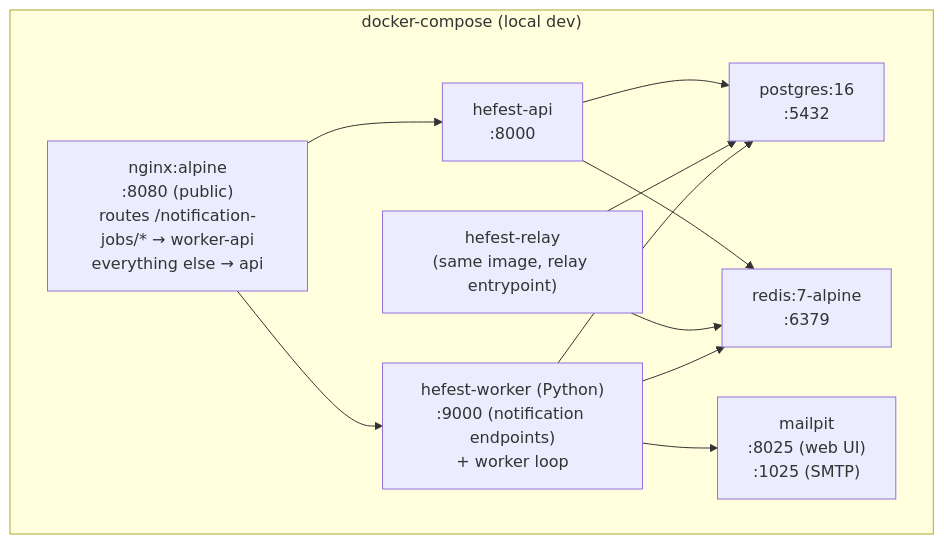
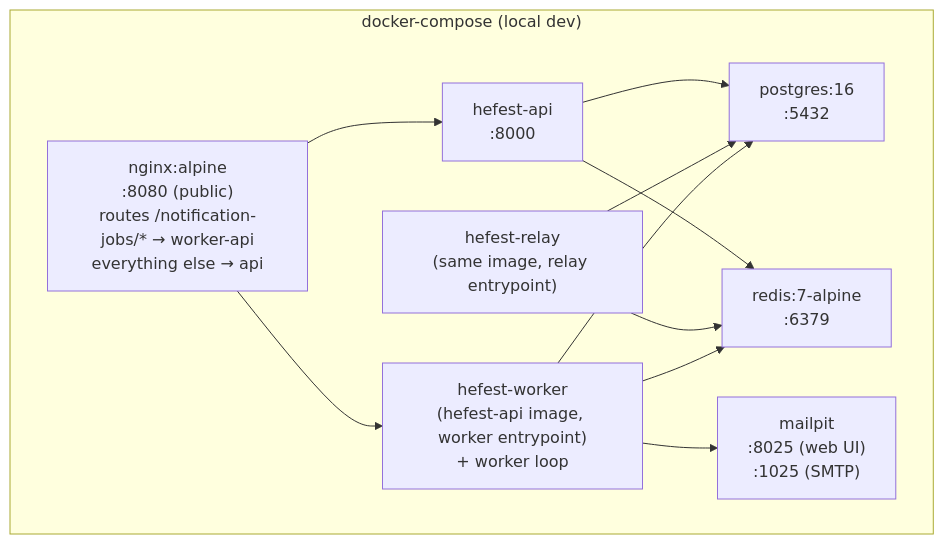
The diagram in docs/architecture/operations.md (hefest2026/hefest-docs), drawn with Mermaid before and after one commit. The commit also changed other lines of this file and 1 other file, not shown here.

Commit message:
docs: retire hefest-worker repo concept from architecture (HEF-16)

````diff
--- a/docs/architecture/operations.md
+++ b/docs/architecture/operations.md
@@ -79,22 +79,22 @@
 ```mermaid
 flowchart TB
     subgraph compose["docker-compose (local dev)"]
         nginx["nginx:alpine\n:8080 (public)\nroutes /notification-jobs/* → worker-api\neverything else → api"]
         api["hefest-api\n:8000"]
         relay["hefest-relay\n(same image, relay entrypoint)"]
-        worker["hefest-worker (Python)\n:9000 (notification endpoints)\n+ worker loop"]
+        worker["hefest-worker\n(hefest-api image, worker entrypoint)\n+ worker loop"]
         pg["postgres:16\n:5432"]
         redis["redis:7-alpine\n:6379"]
         mailpit["mailpit\n:8025 (web UI)\n:1025 (SMTP)"]
     end
 
     nginx --> api
     nginx --> worker
     api --> pg
     api --> redis
     relay --> pg
     relay --> redis
     worker --> redis
     worker --> pg
     worker --> mailpit
 ```
````
